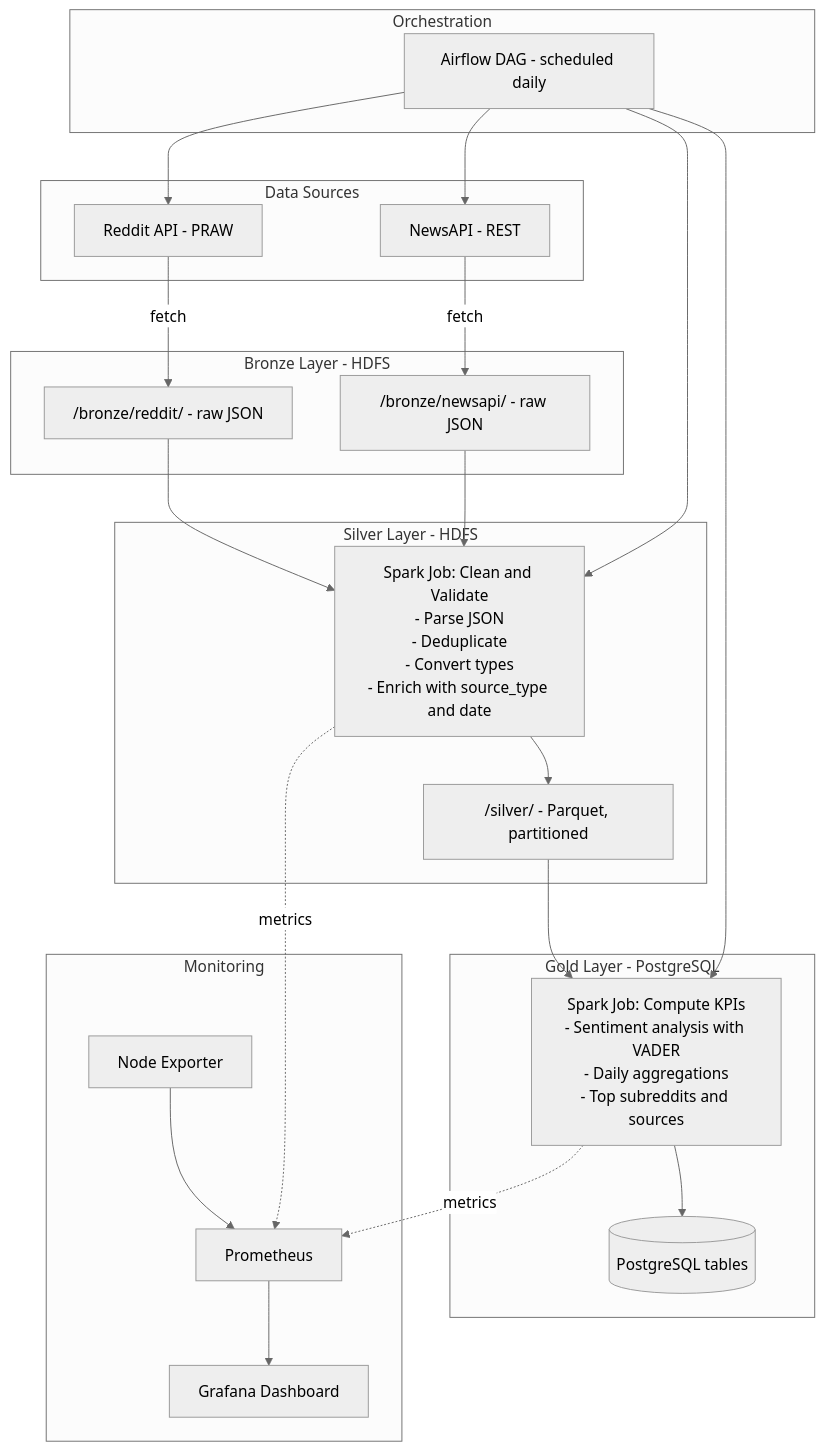
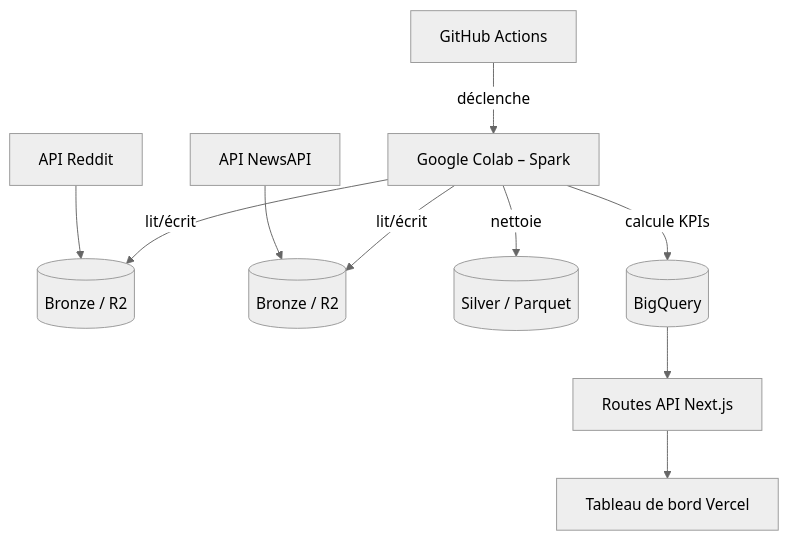
Before and after one commit to youcisla/BigDataProject: the diagram in README.md, drawn with Mermaid (neutral theme). The commit also changed other lines of this file, not shown here.

````diff
--- a/README.md
+++ b/README.md
@@ -46,48 +51,12 @@
 ```mermaid
 flowchart TD
-    subgraph Sources["Data Sources"]
-        R[Reddit API - PRAW]
-        N[NewsAPI - REST]
-    end
-
-    subgraph Bronze["Bronze Layer - HDFS"]
-        BR["/bronze/reddit/ - raw JSON"]
-        BN["/bronze/newsapi/ - raw JSON"]
-    end
-
-    subgraph Silver["Silver Layer - HDFS"]
-        S[Spark Job: Clean and Validate\n- Parse JSON\n- Deduplicate\n- Convert types\n- Enrich with source_type and date]
-        SP["/silver/ - Parquet, partitioned"]
-    end
-
-    subgraph Gold["Gold Layer - PostgreSQL"]
-        G[Spark Job: Compute KPIs\n- Sentiment analysis with VADER\n- Daily aggregations\n- Top subreddits and sources]
-        DB[(PostgreSQL tables)]
-    end
-
-    subgraph Orchestration["Orchestration"]
-        A[Airflow DAG - scheduled daily]
-    end
-
-    subgraph Monitoring["Monitoring"]
-        P[Prometheus]
-        Gf[Grafana Dashboard]
-        NE[Node Exporter]
-    end
-
-    R -->|fetch| BR
-    N -->|fetch| BN
-    BR --> S
-    BN --> S
-    S --> SP
-    SP --> G
-    G --> DB
-    A --> R
-    A --> N
-    A --> S
-    A --> G
-    NE --> P
-    P --> Gf
-    S -.->|metrics| P
-    G -.->|metrics| P
+    R[API Reddit] --> BR[(Bronze / R2)]
+    N[API NewsAPI] --> BN[(Bronze / R2)]
+    GA[GitHub Actions] -->|déclenche| GC[Google Colab – Spark]
+    GC -->|lit/écrit| BR
+    GC -->|lit/écrit| BN
+    GC -->|nettoie| SP[(Silver / Parquet)]
+    GC -->|calcule KPIs| DB[(BigQuery)]
+    DB --> API[Routes API Next.js]
+    API --> V[Tableau de bord Vercel]
 ```
````
